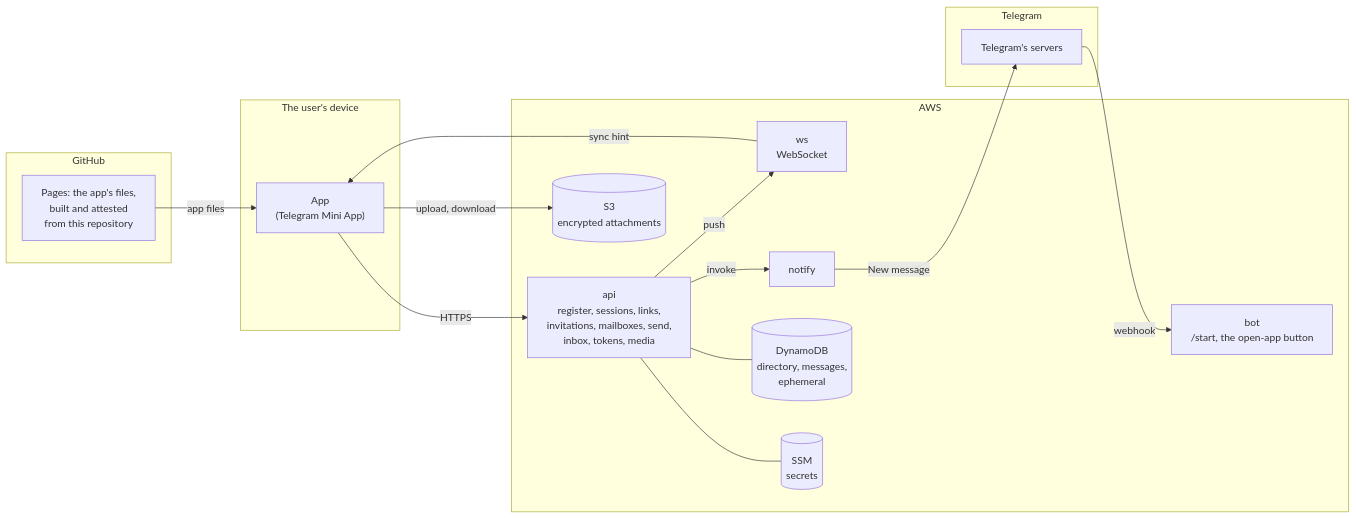
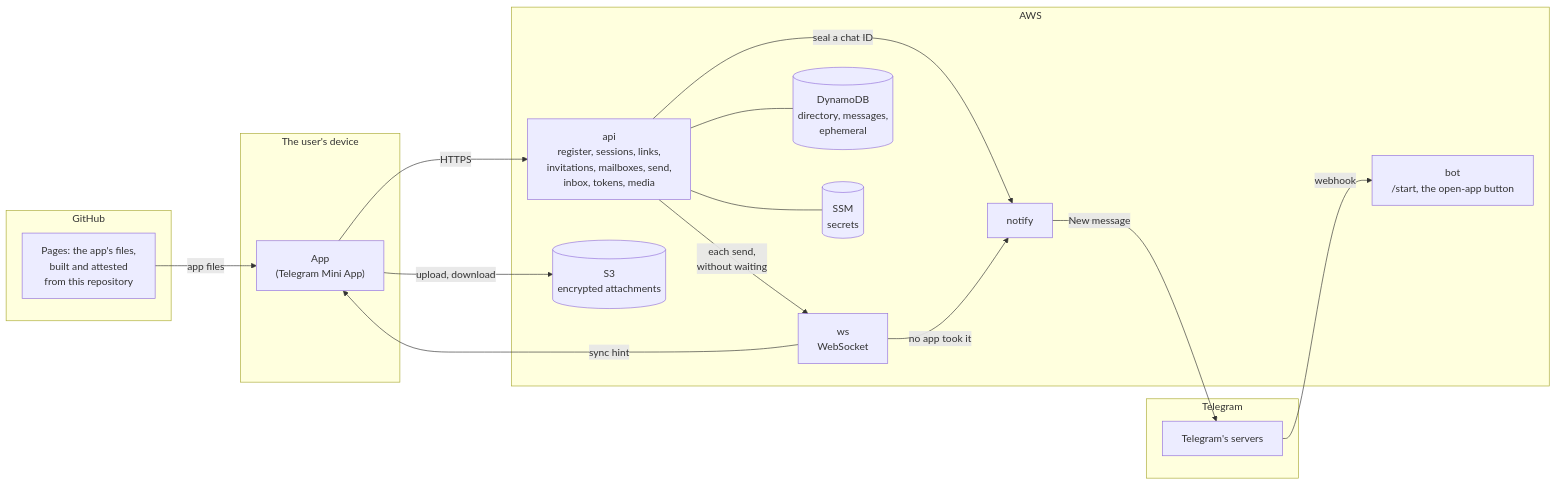
Before and after one commit to incognitochat/incognitochat: the diagram in docs/architecture.md, drawn with Mermaid. The commit also changed other lines of this file and 57 other files, not shown here.

First line of the commit message:
fix(api): answer sends without waiting for the push; key short-lived rows by HMAC (#145)

````diff
--- a/docs/architecture.md
+++ b/docs/architecture.md
@@ -9,32 +9,33 @@
 ```mermaid
 flowchart LR
   subgraph device["The user's device"]
     app["App<br/>(Telegram Mini App)"]
   end
   subgraph github["GitHub"]
     pages["Pages: the app's files,<br/>built and attested<br/>from this repository"]
   end
   subgraph telegram["Telegram"]
     tg["Telegram's servers"]
   end
   subgraph aws["AWS"]
     bot["bot<br/>/start, the open-app button"]
     api["api<br/>register, sessions, links,<br/>invitations, mailboxes, send,<br/>inbox, tokens, media"]
     ws["ws<br/>WebSocket"]
     notify["notify"]
     s3[("S3<br/>encrypted attachments")]
     db[("DynamoDB<br/>directory, messages,<br/>ephemeral")]
     ssm[("SSM<br/>secrets")]
   end
 
   pages -- "app files" --> app
   app -- "HTTPS" --> api
   ws -- "sync hint" --> app
   app -- "upload, download" --> s3
-  api -- "push" --> ws
-  api -- "invoke" --> notify
+  api -- "each send,<br/>without waiting" --> ws
+  api -- "seal a chat ID" --> notify
+  ws -- "no app took it" --> notify
   api --- db
   api --- ssm
   tg -- "webhook" --> bot
   notify -- "New message" --> tg
 ```
````
